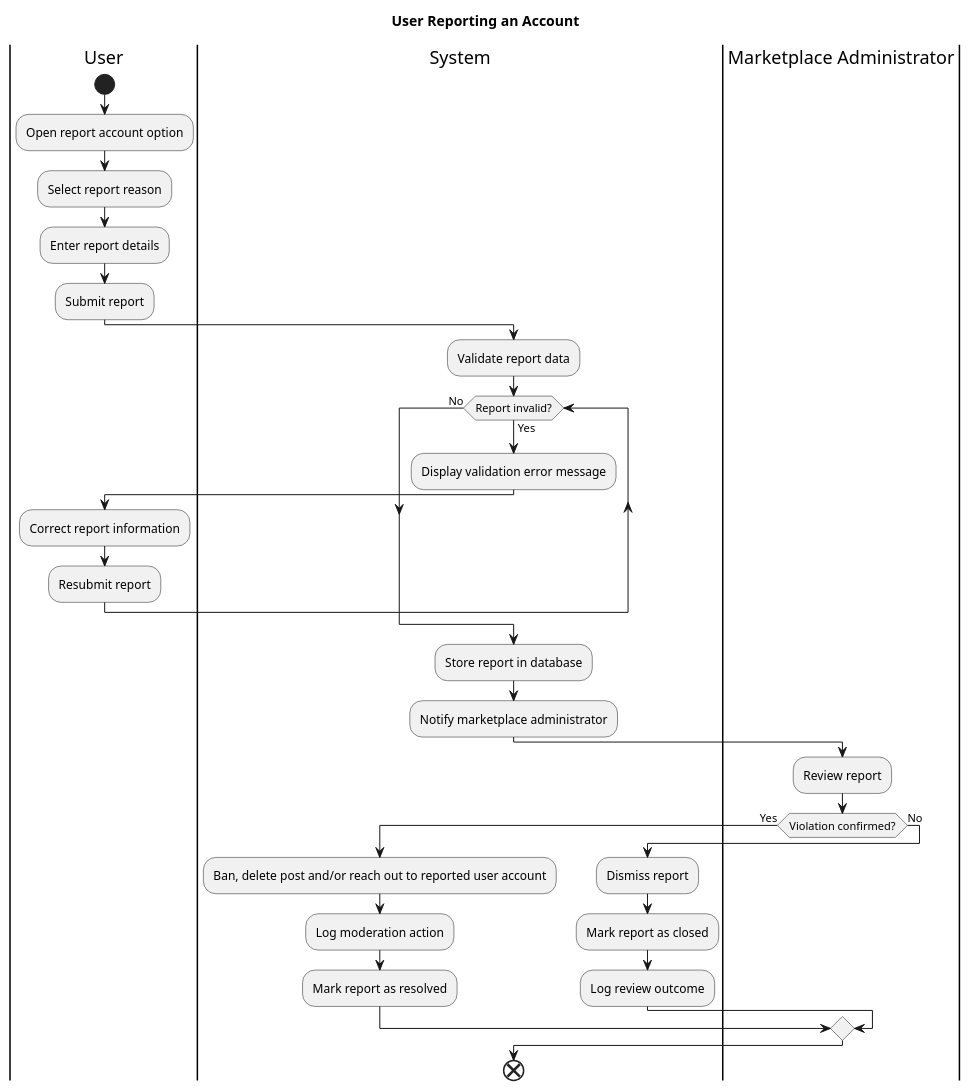
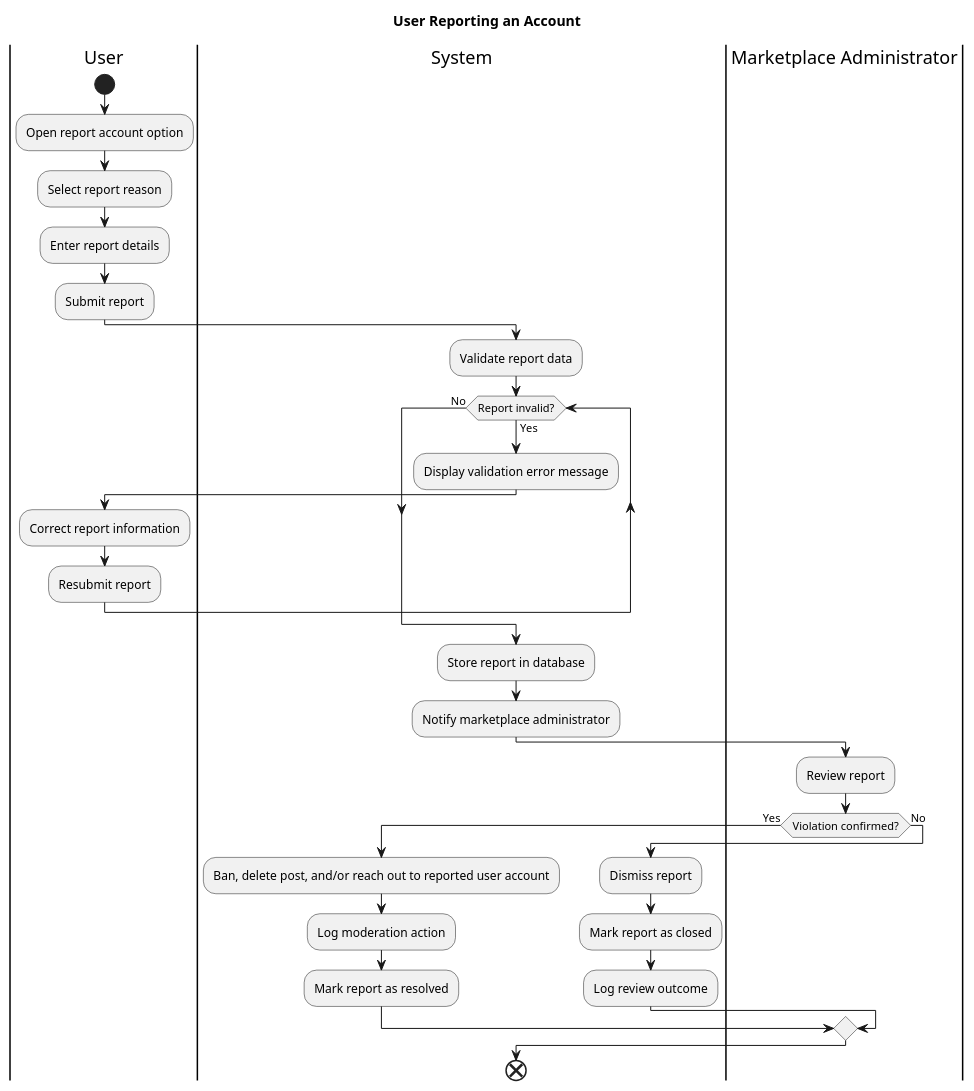
One commit to JanPerez35/PlantUML changed the diagram in activityDiagrams/User Reporting an Account.puml. Above: the diagram before and after it, drawn with PlantUML. The commit also changed 2 other files, not shown here.

Commit message:
Updated activity diagrams texts.

```diff
--- a/activityDiagrams/User Reporting an Account.puml
+++ b/activityDiagrams/User Reporting an Account.puml
@@ -1,42 +1,42 @@
 @startuml
 title User Reporting an Account
 
 |User|
 start
 :Open report account option;
 :Select report reason;
 :Enter report details;
 :Submit report;
 
 |System|
 :Validate report data;
 
 while (Report invalid?) is (Yes)
   :Display validation error message;
   |User|
   :Correct report information;
   :Resubmit report;
   |System|
 
 endwhile (No)
 
 :Store report in database;
 :Notify marketplace administrator;
 
 |Marketplace Administrator|
 :Review report;
 
 if (Violation confirmed?) then (Yes)
   |System|
-  :Ban, delete post and/or reach out to reported user account;
+  :Ban, delete post, and/or reach out to reported user account;
   :Log moderation action;
   :Mark report as resolved;
 else (No)
   |System|
   :Dismiss report;
   :Mark report as closed;
   :Log review outcome;
 endif
 
 end
 @enduml
```
